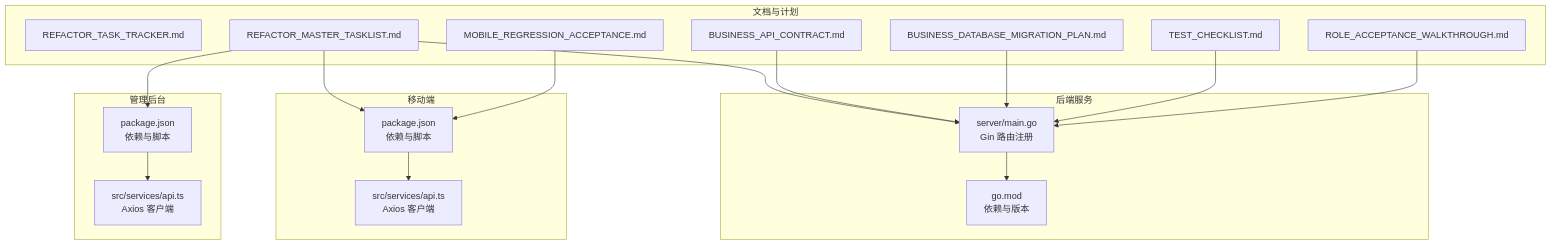
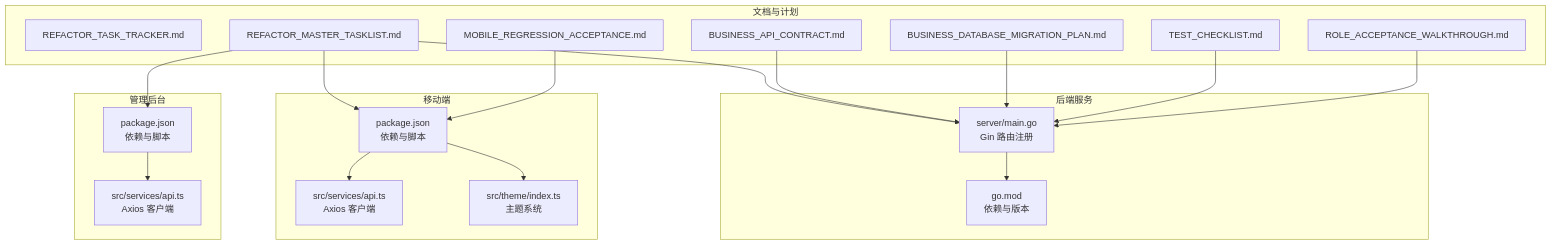
Before and after one commit to yinsw-c2e/drone_Rental_platform_v1: the first of 5 diagrams in .qoder/repowiki/zh/content/开发指南/开发指南.md, drawn with Mermaid. The commit also changed other lines of this file and 11 other files, not shown here.

````diff
--- a/.qoder/repowiki/zh/content/开发指南/开发指南.md
+++ b/.qoder/repowiki/zh/content/开发指南/开发指南.md
@@ -41,35 +54,37 @@
 ```mermaid
 graph TB
 subgraph "后端服务"
 S["server/main.go<br/>Gin 路由注册"]
 CFG["go.mod<br/>依赖与版本"]
 end
 subgraph "移动端"
 MPKG["package.json<br/>依赖与脚本"]
 MSVC["src/services/api.ts<br/>Axios 客户端"]
+THEME["src/theme/index.ts<br/>主题系统"]
 end
 subgraph "管理后台"
 APKG["package.json<br/>依赖与脚本"]
 ASVC["src/services/api.ts<br/>Axios 客户端"]
 end
 subgraph "文档与计划"
 RT["REFACTOR_TASK_TRACKER.md"]
 RTL["REFACTOR_MASTER_TASKLIST.md"]
 APICT["BUSINESS_API_CONTRACT.md"]
 DBM["BUSINESS_DATABASE_MIGRATION_PLAN.md"]
 TST["TEST_CHECKLIST.md"]
 MRA["MOBILE_REGRESSION_ACCEPTANCE.md"]
 RAW["ROLE_ACCEPTANCE_WALKTHROUGH.md"]
 end
 S --> CFG
 MPKG --> MSVC
+MPKG --> THEME
 APKG --> ASVC
 RTL --> S
 RTL --> MPKG
 RTL --> APKG
 APICT --> S
 DBM --> S
 TST --> S
 MRA --> MPKG
 RAW --> S
 ```
````
